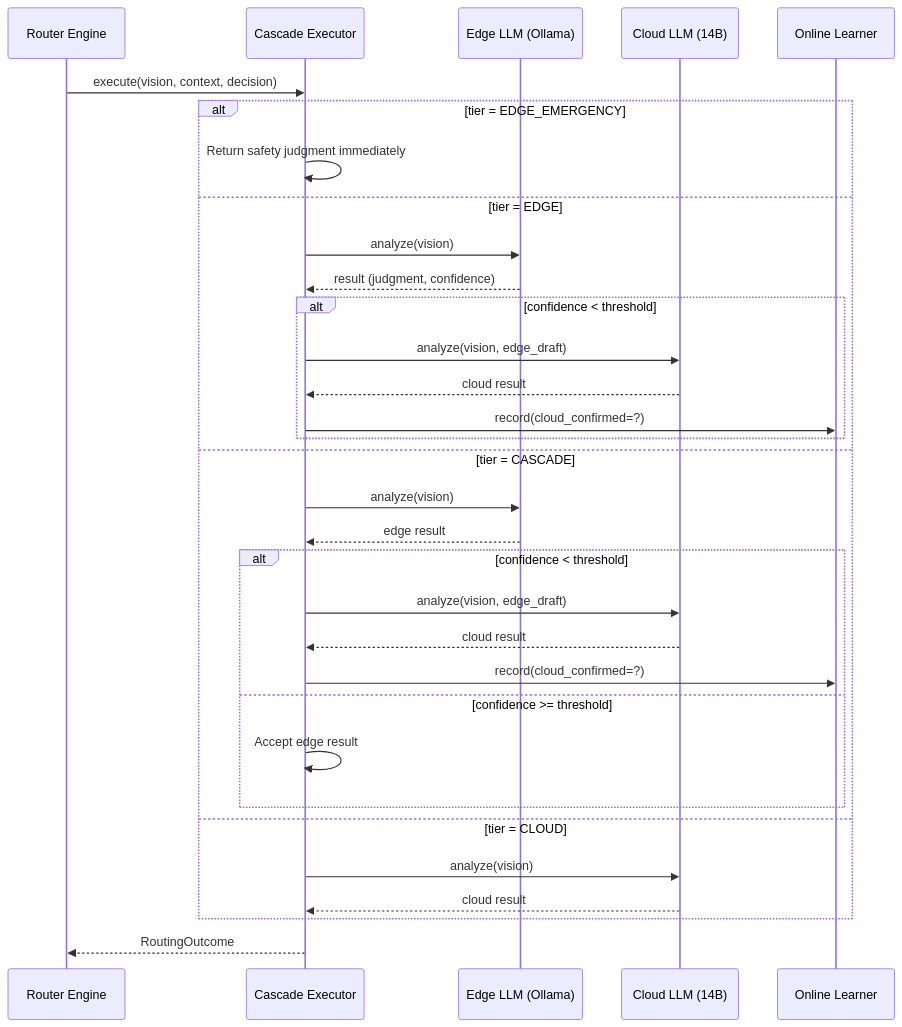
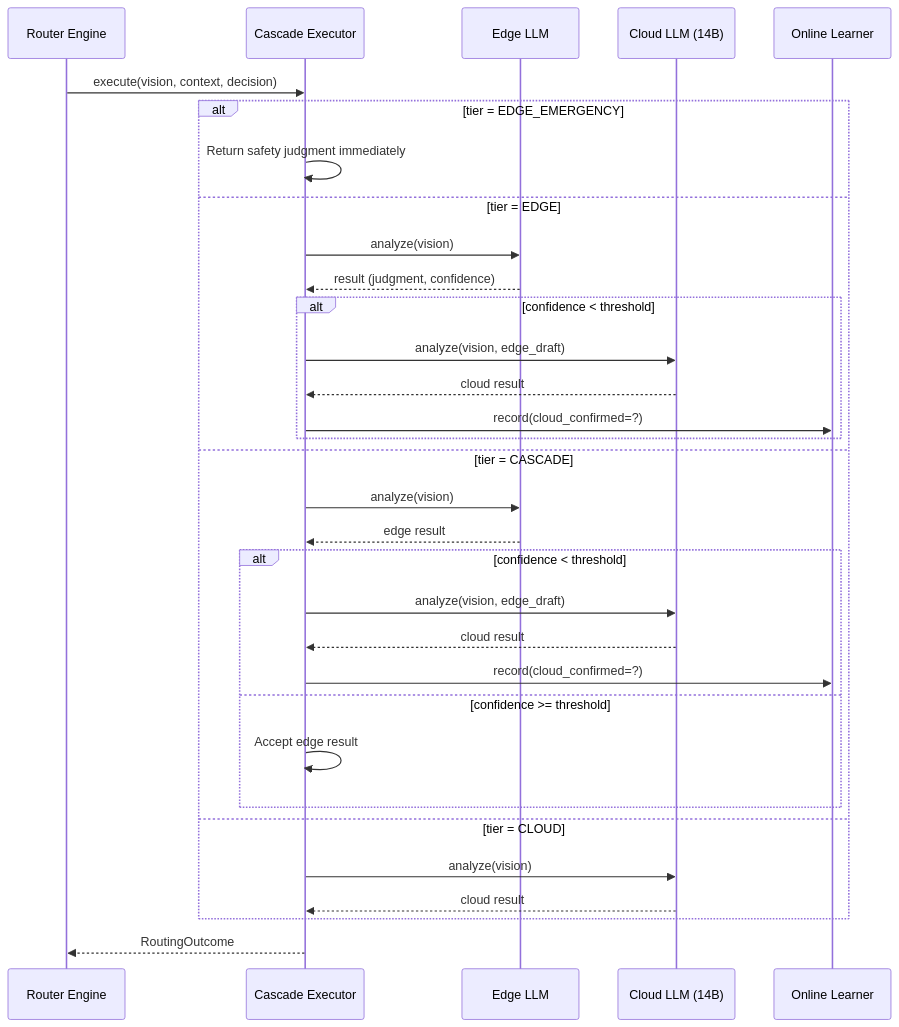
The third of 3 diagrams in docs/architecture.md (zcyyyds-test/EdgeCloudInference), drawn with Mermaid before and after one commit. The commit also changed other lines of this file and 43 other files, not shown here.

````diff
--- a/docs/architecture.md
+++ b/docs/architecture.md
@@ -120,37 +120,37 @@
 ```mermaid
 sequenceDiagram
     participant R as Router Engine
     participant C as Cascade Executor
-    participant E as Edge LLM (Ollama)
+    participant E as Edge LLM
     participant CL as Cloud LLM (14B)
     participant L as Online Learner
 
     R->>C: execute(vision, context, decision)
 
     alt tier = EDGE_EMERGENCY
         C->>C: Return safety judgment immediately
     else tier = EDGE
         C->>E: analyze(vision)
         E-->>C: result (judgment, confidence)
         alt confidence < threshold
             C->>CL: analyze(vision, edge_draft)
             CL-->>C: cloud result
             C->>L: record(cloud_confirmed=?)
         end
     else tier = CASCADE
         C->>E: analyze(vision)
         E-->>C: edge result
         alt confidence < threshold
             C->>CL: analyze(vision, edge_draft)
             CL-->>C: cloud result
             C->>L: record(cloud_confirmed=?)
         else confidence >= threshold
             C->>C: Accept edge result
         end
     else tier = CLOUD
         C->>CL: analyze(vision)
         CL-->>C: cloud result
     end
 
     C-->>R: RoutingOutcome
 ```
````
